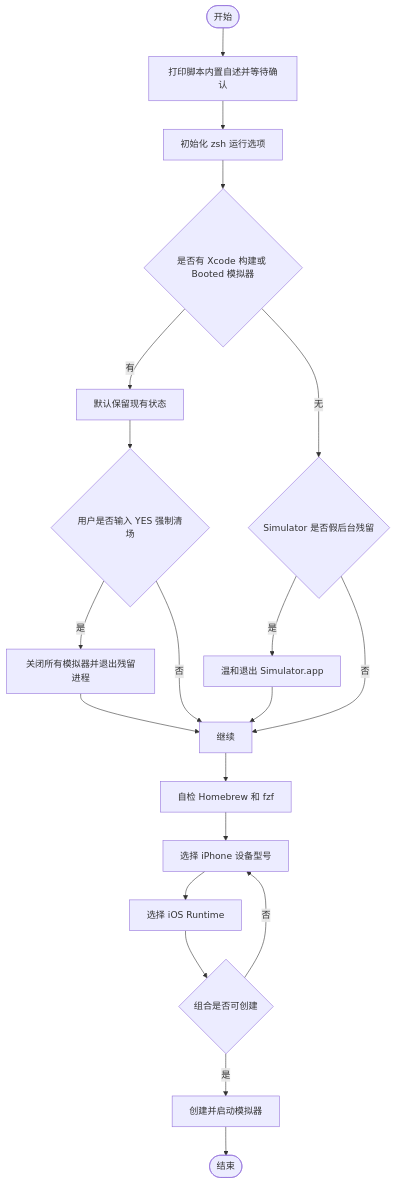
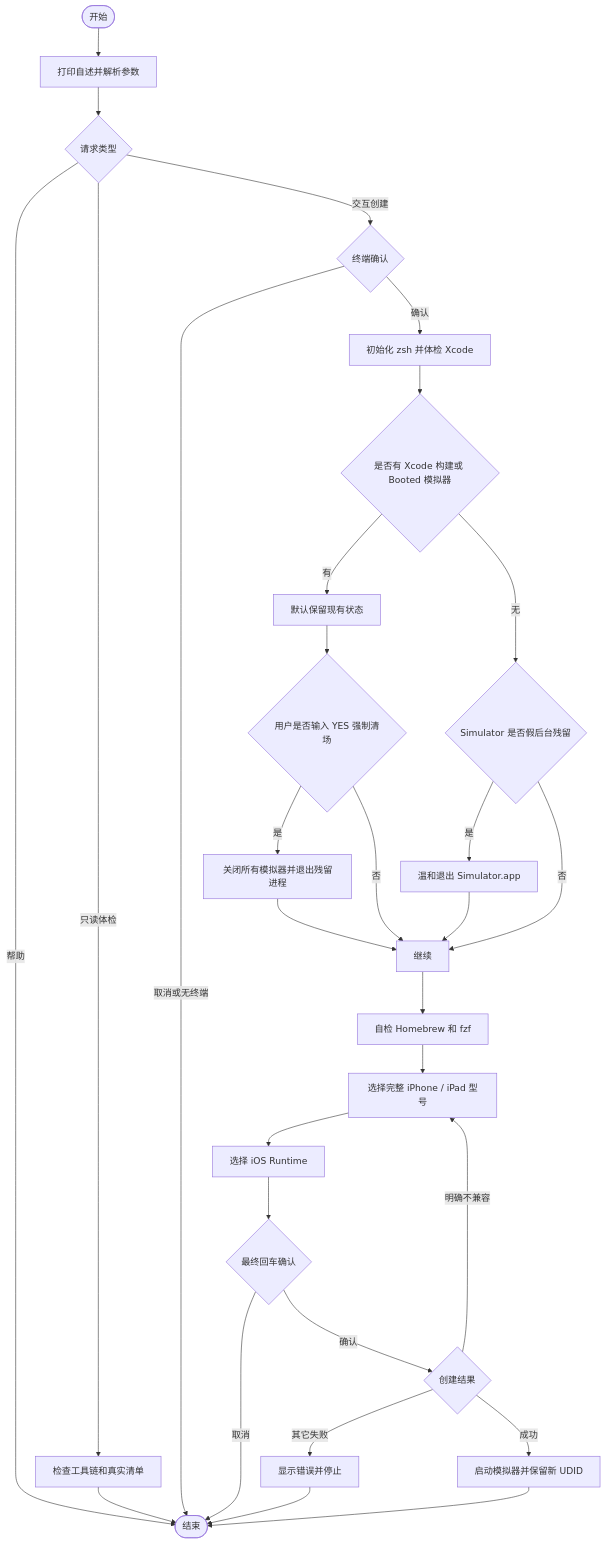
Before and after one commit to JobsKits/JobsCommand-iOS: the diagram in 其他/【MacOS】📱双击初始化iOS模拟器.command/README.md, drawn with Mermaid. The commit also changed other lines of this file and 1 other file, not shown here.

````diff
--- a/其他/【MacOS】📱双击初始化iOS模拟器.command/README.md
+++ b/其他/【MacOS】📱双击初始化iOS模拟器.command/README.md
@@ -107,22 +134,32 @@
 ```mermaid
 graph TD
-  A([开始]) --> B[打印脚本内置自述并等待确认]
-  B --> C[初始化 zsh 运行选项]
+  A([开始]) --> B[打印自述并解析参数]
+  B --> U{请求类型}
+  U -->|帮助| P
+  U -->|只读体检| T[检查工具链和真实清单]
+  T --> P
+  U -->|交互创建| V{终端确认}
+  V -->|取消或无终端| P
+  V -->|确认| C[初始化 zsh 并体检 Xcode]
   C --> D{是否有 Xcode 构建或 Booted 模拟器}
   D -->|有| E[默认保留现有状态]
   D -->|无| F{Simulator 是否假后台残留}
   F -->|是| G[温和退出 Simulator.app]
   F -->|否| H[继续]
   E --> I{用户是否输入 YES 强制清场}
   I -->|是| J[关闭所有模拟器并退出残留进程]
   I -->|否| H
   G --> H
   J --> H
   H --> K[自检 Homebrew 和 fzf]
-  K --> L[选择 iPhone 设备型号]
+  K --> L[选择完整 iPhone / iPad 型号]
   L --> M[选择 iOS Runtime]
-  M --> N{组合是否可创建}
-  N -->|否| L
-  N -->|是| O[创建并启动模拟器]
+  M --> Q{最终回车确认}
+  Q -->|取消| P
+  Q -->|确认| N{创建结果}
+  N -->|明确不兼容| L
+  N -->|其它失败| R[显示错误并停止]
+  R --> P
+  N -->|成功| O[启动模拟器并保留新 UDID]
   O --> P([结束])
 ```
````
